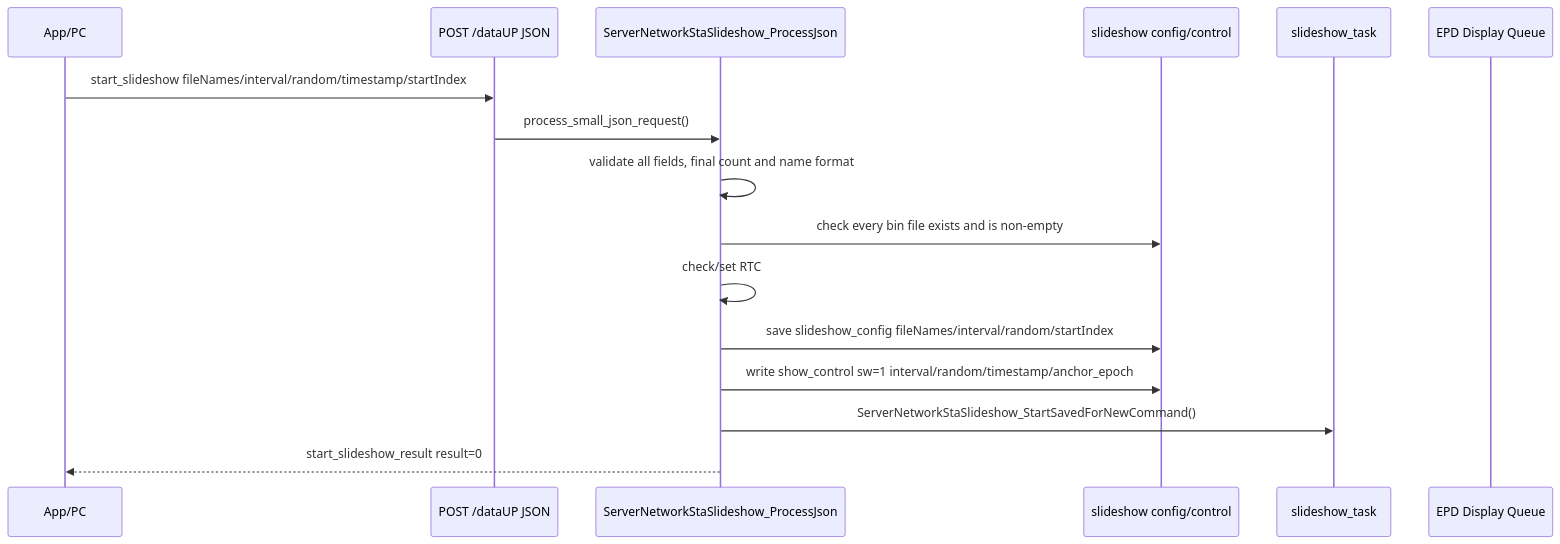
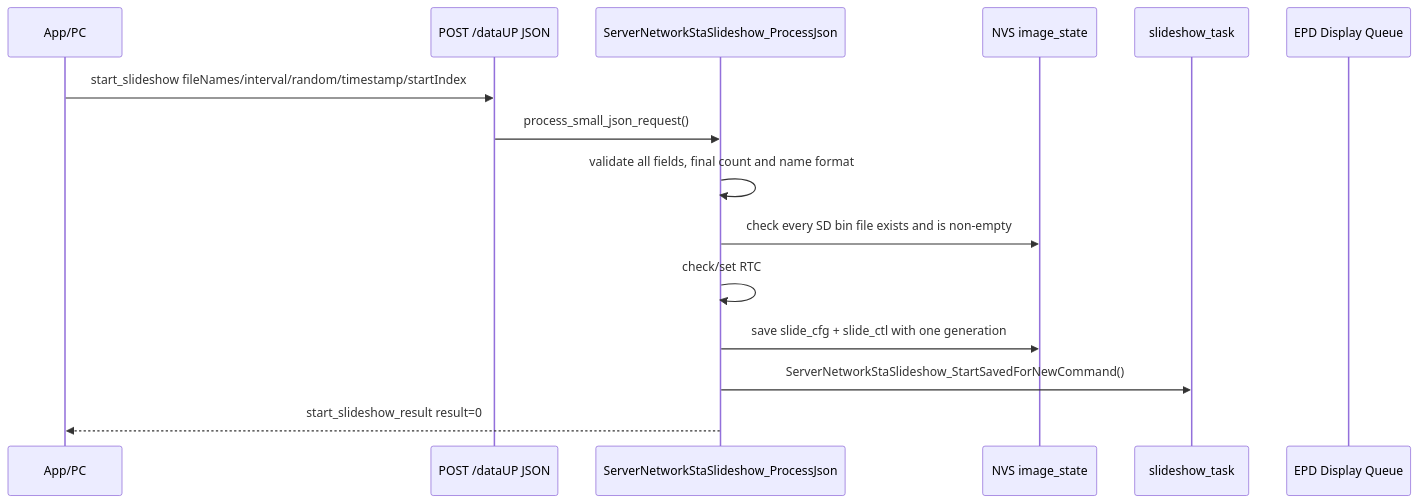
Before and after one commit to tdxguiping/ESP32_S3_epaper: diagram 13 of 25 in README_Fun.md, drawn with Mermaid. The commit also changed other lines of this file and 60 other files, not shown here.

````diff
--- a/README_Fun.md
+++ b/README_Fun.md
@@ -1299,18 +1467,17 @@
 ```mermaid
 sequenceDiagram
     participant APP as App/PC
     participant DATAUP as POST /dataUP JSON
     participant SS as ServerNetworkStaSlideshow_ProcessJson
-    participant FILE as slideshow config/control
+    participant STATE as NVS image_state
     participant TASK as slideshow_task
     participant EPD as EPD Display Queue
     APP->>DATAUP: start_slideshow fileNames/interval/random/timestamp/startIndex
     DATAUP->>SS: process_small_json_request()
     SS->>SS: validate all fields, final count and name format
-    SS->>FILE: check every bin file exists and is non-empty
+    SS->>STATE: check every SD bin file exists and is non-empty
     SS->>SS: check/set RTC
-    SS->>FILE: save slideshow_config fileNames/interval/random/startIndex
-    SS->>FILE: write show_control sw=1 interval/random/timestamp/anchor_epoch
+    SS->>STATE: save slide_cfg + slide_ctl with one generation
     SS->>TASK: ServerNetworkStaSlideshow_StartSavedForNewCommand()
     SS-->>APP: start_slideshow_result result=0
 ```
````
